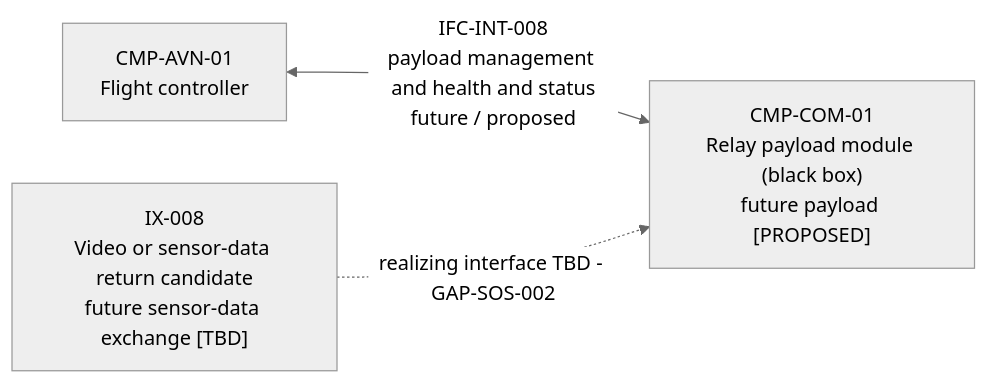
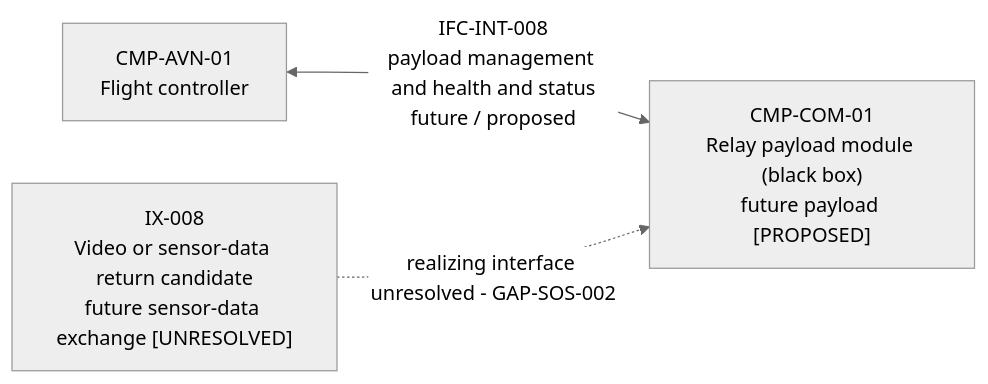
One commit to noahstephenson/low-cost-relay-uas changed the ninth of 20 diagrams in reports/architecture-views.md. Above: the diagram before and after it, drawn with Mermaid (neutral theme). The commit also changed other lines of this file and 12 other files, not shown here.

Commit message:
Mature relay UAS candidate architecture

````diff
--- a/reports/architecture-views.md
+++ b/reports/architecture-views.md
@@ -209,9 +209,9 @@
 ```mermaid
 flowchart LR
     %% Configuration scope: CFG-DIG / CFG-SOS only
     CMP_AVN_01["CMP-AVN-01<br/>Flight controller"]
     CMP_COM_01["CMP-COM-01<br/>Relay payload module (black box)<br/>future payload [PROPOSED]"]
     CMP_AVN_01 <-->|"IFC-INT-008<br/>payload management and health and status<br/>future / proposed"| CMP_COM_01
-    IX_008["IX-008<br/>Video or sensor-data return candidate<br/>future sensor-data exchange [TBD]"]
-    IX_008 -.->|"realizing interface TBD - GAP-SOS-002"| CMP_COM_01
+    IX_008["IX-008<br/>Video or sensor-data return candidate<br/>future sensor-data exchange [UNRESOLVED]"]
+    IX_008 -.->|"realizing interface unresolved - GAP-SOS-002"| CMP_COM_01
 ```
````
